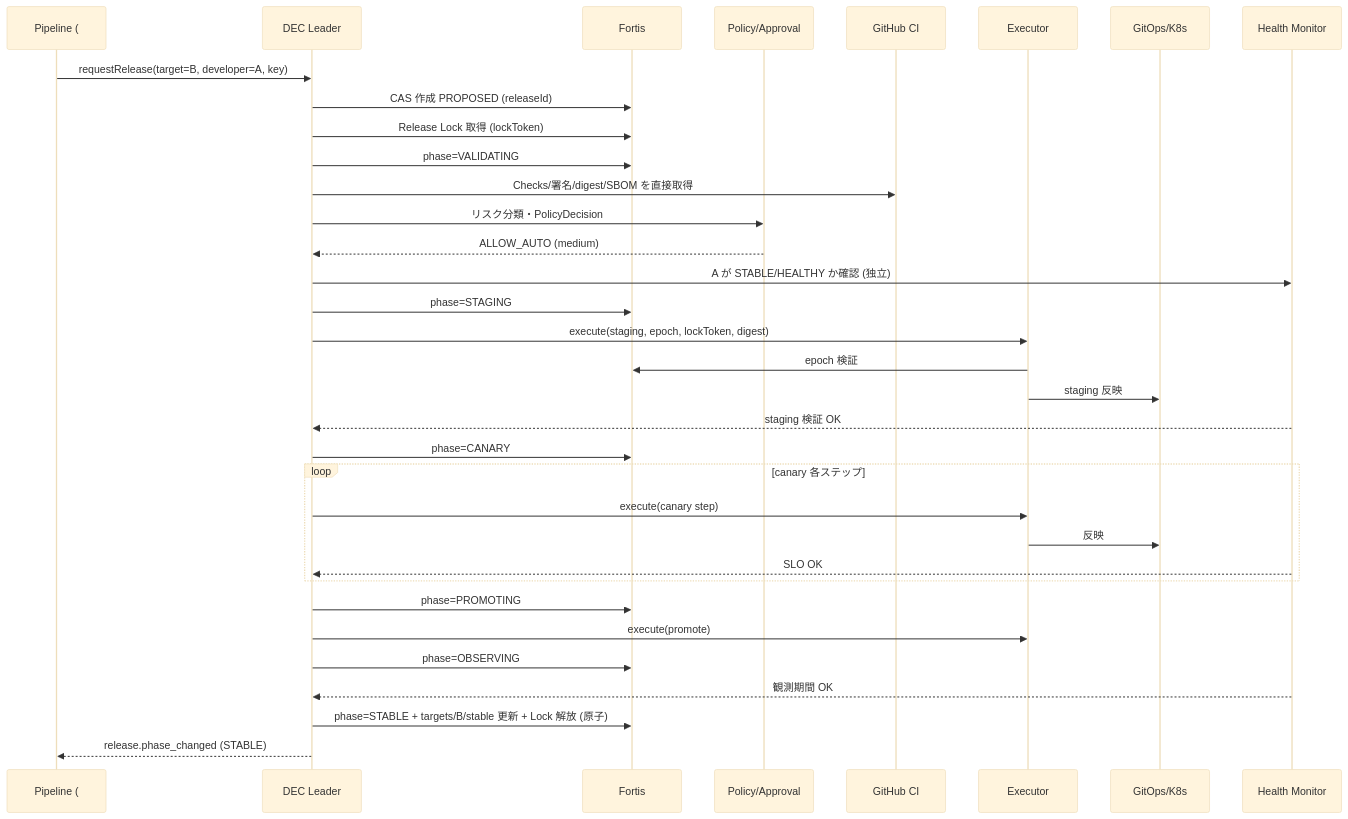
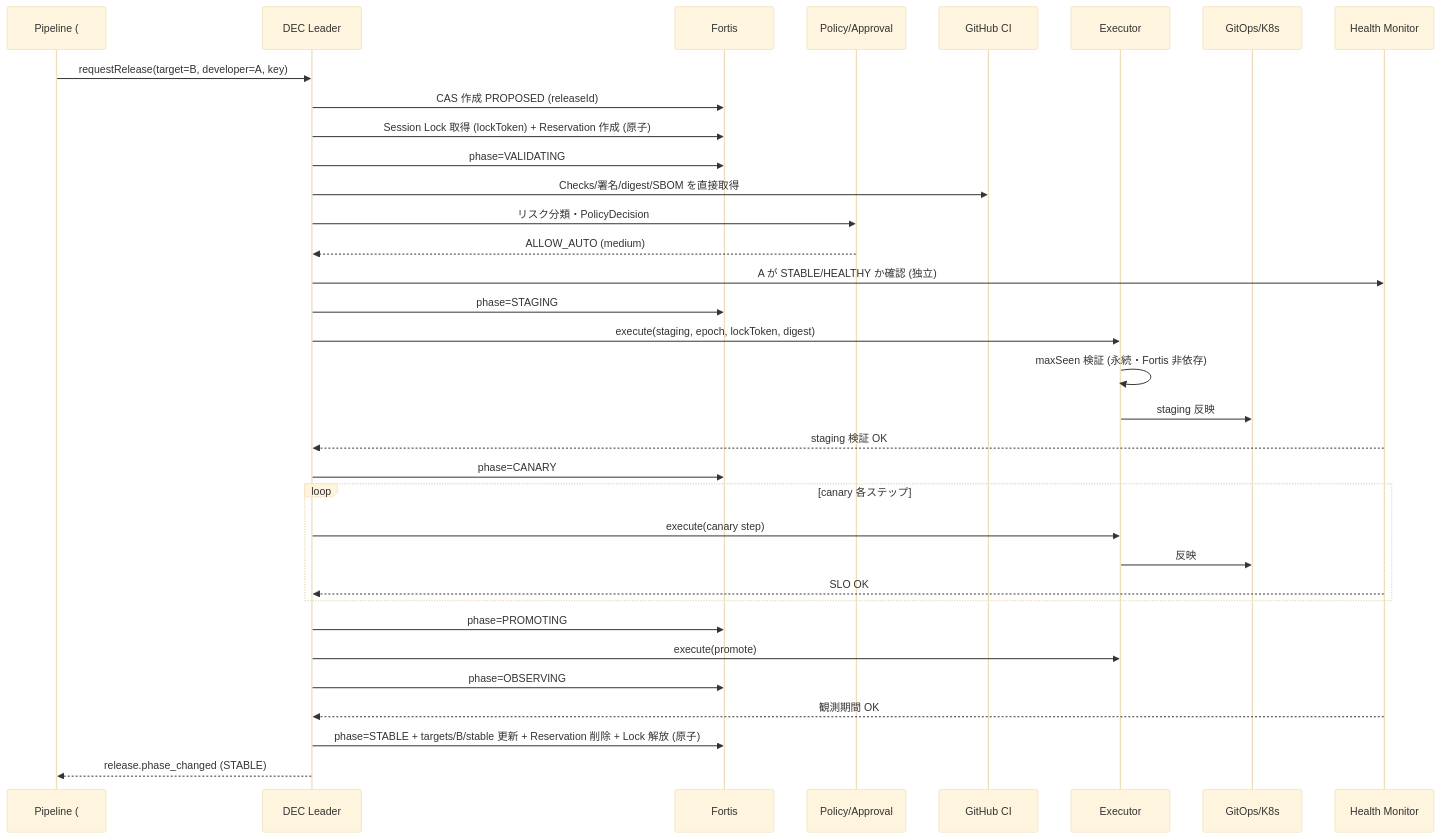
One commit to kigawa-net/kivra changed the fourth of 6 diagrams in docs/design/08-dual-evolution-controller.md. Above: the diagram before and after it, drawn with Mermaid (base theme). The commit also changed other lines of this file, not shown here.

First line of the commit message:
Unify release lock ownership model, external fencing and incarnation requirements across #8/#12

````diff
--- a/docs/design/08-dual-evolution-controller.md
+++ b/docs/design/08-dual-evolution-controller.md
@@ -599,37 +648,37 @@
 ```mermaid
 sequenceDiagram
   participant P as Pipeline (#9/#10)
   participant D as DEC Leader
   participant F as Fortis
   participant PE as Policy/Approval
   participant CI as GitHub CI
   participant X as Executor
   participant G as GitOps/K8s
   participant H as Health Monitor
 
   P->>D: requestRelease(target=B, developer=A, key)
   D->>F: CAS 作成 PROPOSED (releaseId)
-  D->>F: Release Lock 取得 (lockToken)
+  D->>F: Session Lock 取得 (lockToken) + Reservation 作成 (原子)
   D->>F: phase=VALIDATING
   D->>CI: Checks/署名/digest/SBOM を直接取得
   D->>PE: リスク分類・PolicyDecision
   PE-->>D: ALLOW_AUTO (medium)
   D->>H: A が STABLE/HEALTHY か確認 (独立)
   D->>F: phase=STAGING
   D->>X: execute(staging, epoch, lockToken, digest)
-  X->>F: epoch 検証
+  X->>X: maxSeen 検証 (永続・Fortis 非依存)
   X->>G: staging 反映
   H-->>D: staging 検証 OK
   D->>F: phase=CANARY
   loop canary 各ステップ
     D->>X: execute(canary step)
     X->>G: 反映
     H-->>D: SLO OK
   end
   D->>F: phase=PROMOTING
   D->>X: execute(promote)
   D->>F: phase=OBSERVING
   H-->>D: 観測期間 OK
-  D->>F: phase=STABLE + targets/B/stable 更新 + Lock 解放 (原子)
+  D->>F: phase=STABLE + targets/B/stable 更新 + Reservation 削除 + Lock 解放 (原子)
   D-->>P: release.phase_changed (STABLE)
 ```
````
